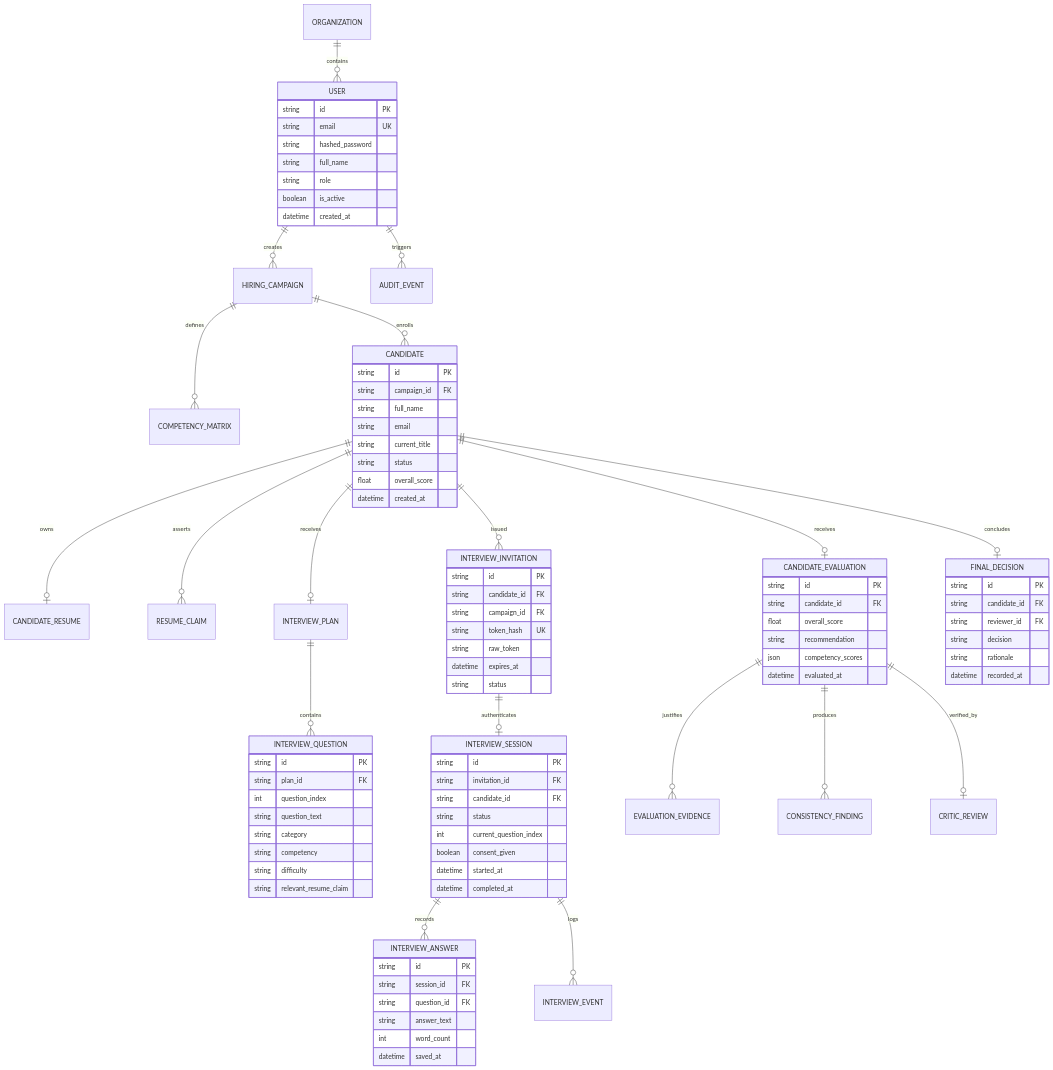
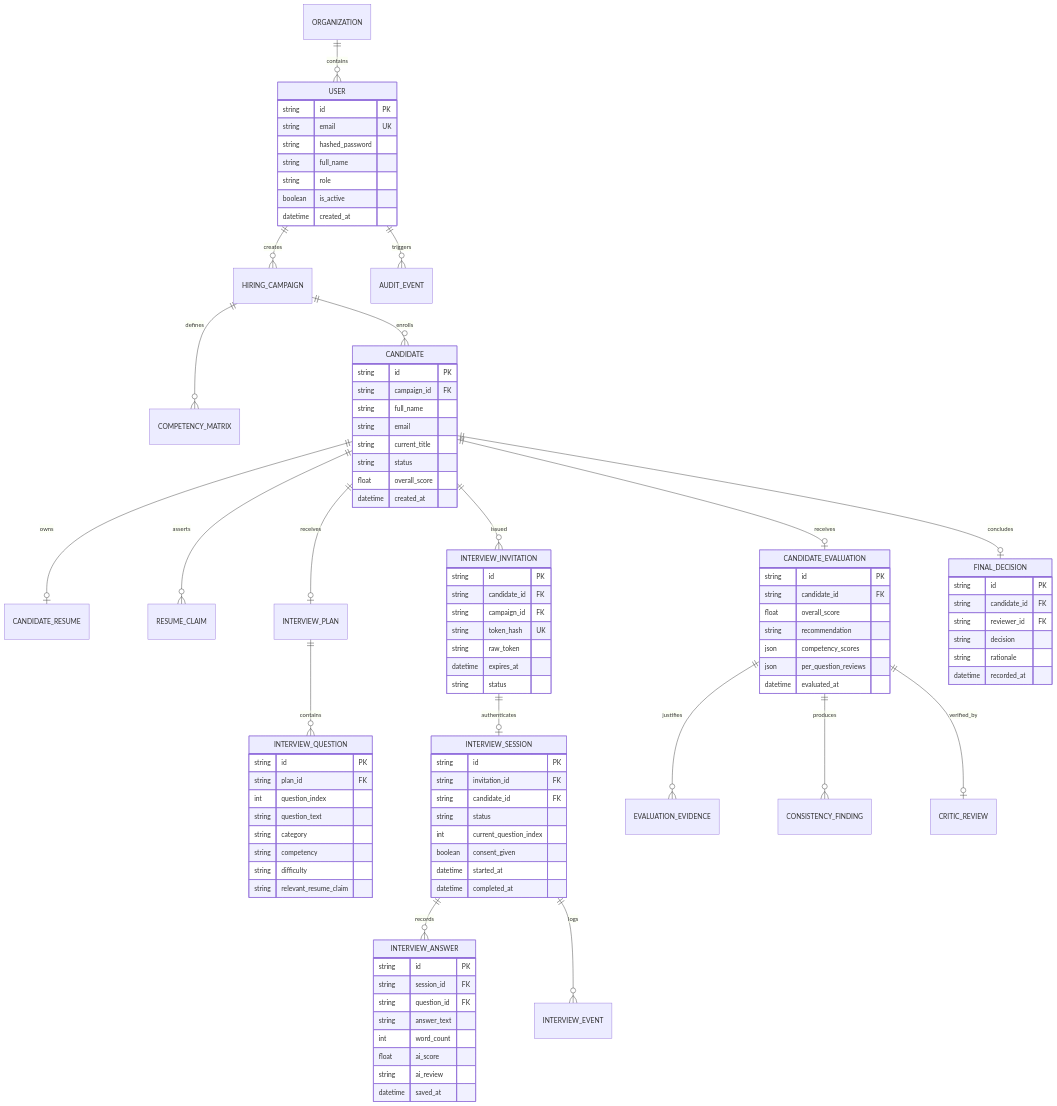
The fourth of 5 diagrams in README.md (Abhinav8109/AI-HACKATHON2.0), drawn with Mermaid before and after one commit. The commit also changed other lines of this file and 1 other file, not shown here.

Commit message:
docs: overhaul README.md with validated HLD/LLD Mermaid diagrams and 10-agent swarm architecture

```diff
--- a/README.md
+++ b/README.md
@@ -291,6 +350,8 @@
         string question_id FK
         string answer_text
         int word_count
+        float ai_score
+        string ai_review
         datetime saved_at
     }
 
@@ -300,6 +361,7 @@
         float overall_score
         string recommendation
         json competency_scores
+        json per_question_reviews
         datetime evaluated_at
     }
 
```
